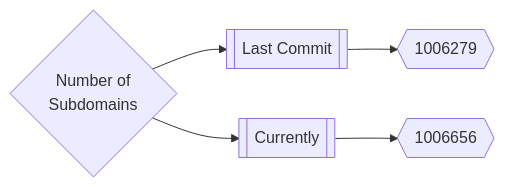
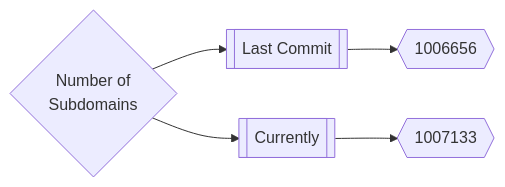
Before and after one commit to trickest/inventory: the first of 3 diagrams in README.md, drawn with Mermaid. The commit also changed other lines of this file, not shown here.

Commit message:
Update README.md Mon Aug  8 22:19:14 UTC 2022

````diff
--- a/README.md
+++ b/README.md
@@ -167,5 +167,5 @@
 ```mermaid
 graph LR
-title{Number of<br>Subdomains} --> subdomainsDate1[[Last Commit]] --> subdomainsNum1{{1006279}}
-title --> subdomainsDate2[[Currently]] --> subdomainsNum2{{1006656}}
+title{Number of<br>Subdomains} --> subdomainsDate1[[Last Commit]] --> subdomainsNum1{{1006656}}
+title --> subdomainsDate2[[Currently]] --> subdomainsNum2{{1007133}}
 ```
````
